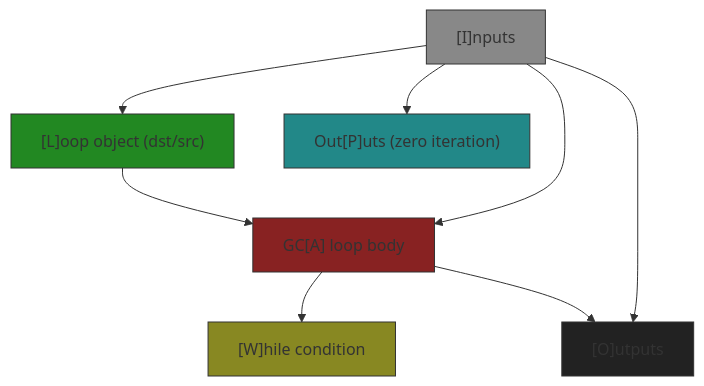
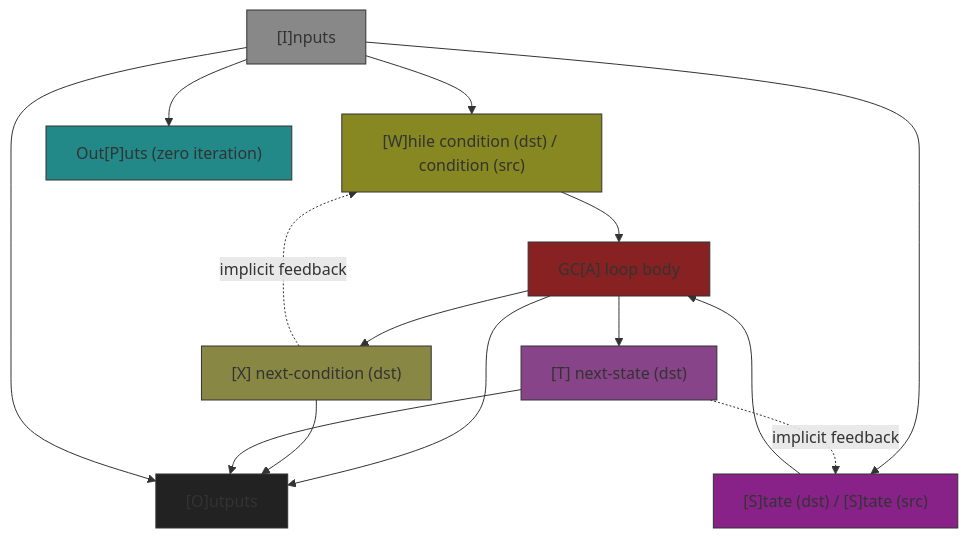
One commit to Shapedsundew9/erasmus-gp changed the fourth of 7 diagrams in egppy/egppy/genetic_code/docs/graph.md. Above: the diagram before and after it, drawn with Mermaid. The commit also changed other lines of this file and 2 other files, not shown here.

Commit message:
Enhance connection graph nomenclature and documentation; add new loop state and next-state interfaces for clarity

````diff
--- a/egppy/egppy/genetic_code/docs/graph.md
+++ b/egppy/egppy/genetic_code/docs/graph.md
@@ -171,31 +258,43 @@
 ```mermaid
 %% While-Loop GC
 flowchart TB
     I["[I]nputs"]
-    L["[L]oop object (dst/src)"]
-    W["[W]hile condition"]
+    W["[W]hile condition (dst) / condition (src)"]
+    X["[X] next-condition (dst)"]
+    S["[S]tate (dst) / [S]tate (src)"]
+    T["[T] next-state (dst)"]
     A["GC[A] loop body"]
     O["[O]utputs"]
     P["Out[P]uts (zero iteration)"]
-    I --> L
-    L --> A
-    I --> A
-    A --> W
+    I --> W
+    I --> S
+    W --> A
+    S --> A
+    A --> X
+    A --> T
     A --> O
+    X --> O
+    T --> O
+    X -.->|implicit feedback| W
+    T -.->|implicit feedback| S
     I --> O
     I --> P
     
 classDef Icd fill:#888888,stroke:#333,stroke-width:1px
-classDef Lcd fill:#228822,stroke:#333,stroke-width:1px
 classDef Wcd fill:#888822,stroke:#333,stroke-width:1px
+classDef Xcd fill:#888844,stroke:#333,stroke-width:1px
+classDef Scd fill:#882288,stroke:#333,stroke-width:1px
+classDef Tcd fill:#884488,stroke:#333,stroke-width:1px
 classDef Acd fill:#882222,stroke:#333,stroke-width:1px
 classDef Ocd fill:#222222,stroke:#333,stroke-width:1px
 classDef Pcd fill:#228888,stroke:#333,stroke-width:1px
 
 class I Icd
-class L Lcd
 class W Wcd
+class X Xcd
+class S Scd
+class T Tcd
 class A Acd
 class O Ocd
 class P Pcd
 ```
````
